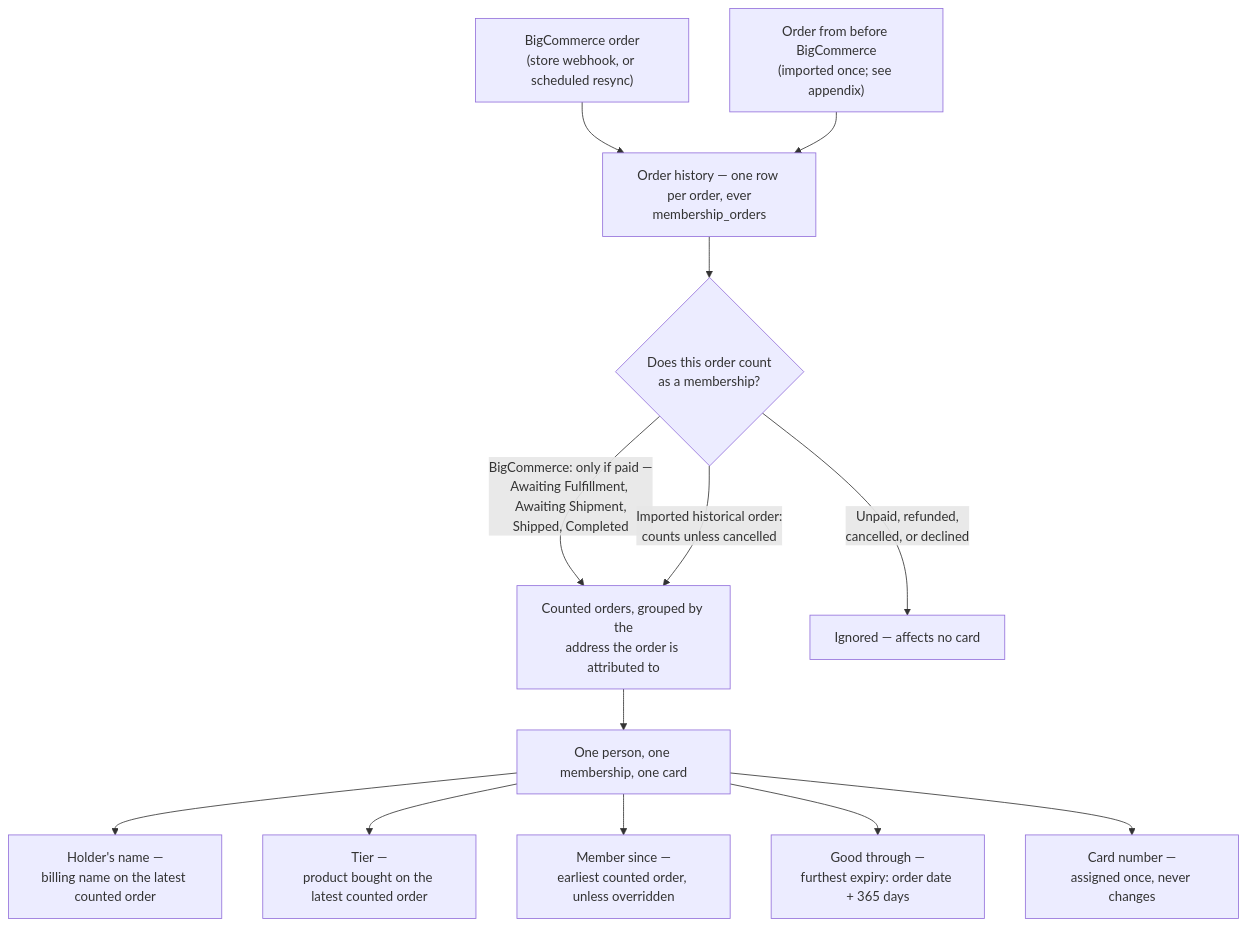
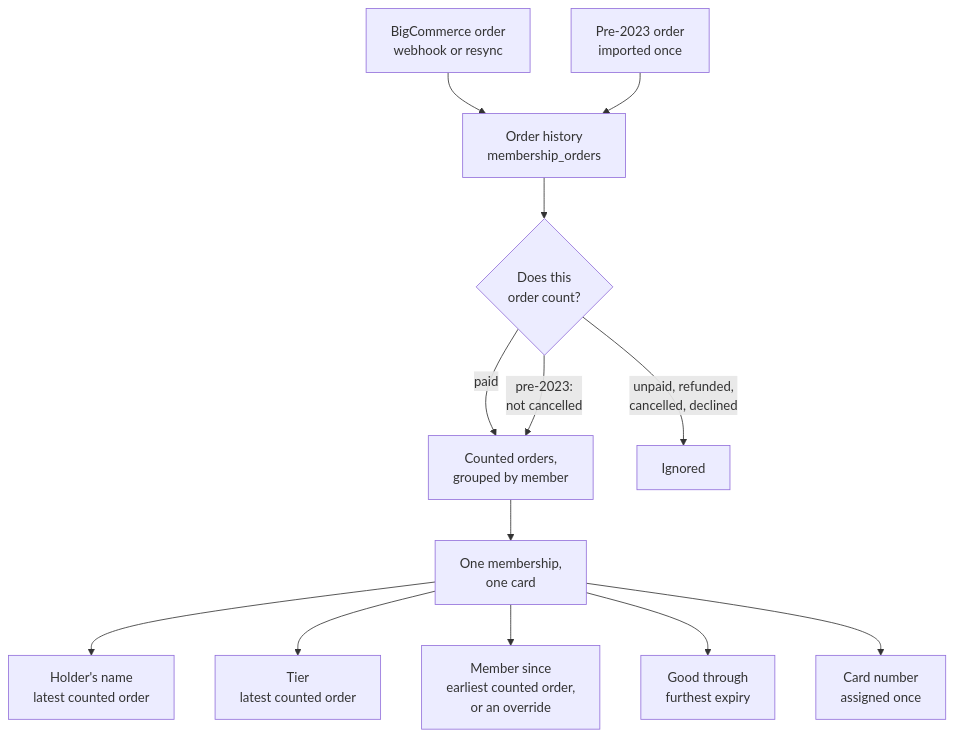
The first of 2 diagrams in docs/membership-card-provenance.md (los-verdes/card-losverd-es), drawn with Mermaid before and after one commit. The commit also changed other lines of this file and 2 other files, not shown here.

First line of the commit message:
Define what an order is, and make the provenance doc the specification (#183)

````diff
--- a/docs/membership-card-provenance.md
+++ b/docs/membership-card-provenance.md
@@ -44,17 +54,20 @@
 ```mermaid
+%% Keep every label to a few words a line. Mermaid no longer grows a box to
+%% fit its text (mermaid-js/mermaid#7354), so a long label is silently clipped
+%% when this renders on GitHub. Detail belongs in the prose, not in the boxes.
 flowchart TD
-    BC["BigCommerce order<br/>(store webhook, or scheduled resync)"] --> HIST
-    SQ["Order from before BigCommerce<br/>(imported once; see appendix)"] --> HIST
-    HIST["Order history — one row per order, ever<br/>membership_orders"]
-    HIST --> COUNT{"Does this order count<br/>as a membership?"}
-    COUNT -->|"BigCommerce: only if paid —<br/>Awaiting Fulfillment, Awaiting Shipment,<br/>Shipped, Completed"| KEEP
-    COUNT -->|"Imported historical order:<br/>counts unless cancelled"| KEEP
-    COUNT -->|"Unpaid, refunded,<br/>cancelled, or declined"| DROP["Ignored — affects no card"]
-    KEEP["Counted orders, grouped by the<br/>address the order is attributed to"]
-    KEEP --> CARD["One person, one membership, one card"]
-    CARD --> F1["Holder's name —<br/>billing name on the latest counted order"]
-    CARD --> F2["Tier —<br/>product bought on the latest counted order"]
-    CARD --> F3["Member since —<br/>earliest counted order, unless overridden"]
-    CARD --> F4["Good through —<br/>furthest expiry: order date + 365 days"]
-    CARD --> F5["Card number —<br/>assigned once, never changes"]
+    BC["BigCommerce order<br/>webhook or resync"] --> HIST
+    SQ["Pre-2023 order<br/>imported once"] --> HIST
+    HIST["Order history<br/>membership_orders"]
+    HIST --> COUNT{"Does this<br/>order count?"}
+    COUNT -->|"paid"| KEEP
+    COUNT -->|"pre-2023:<br/>not cancelled"| KEEP
+    COUNT -->|"unpaid, refunded,<br/>cancelled, declined"| DROP["Ignored"]
+    KEEP["Counted orders,<br/>grouped by member"]
+    KEEP --> CARD["One membership,<br/>one card"]
+    CARD --> F1["Holder's name<br/>latest counted order"]
+    CARD --> F2["Tier<br/>latest counted order"]
+    CARD --> F3["Member since<br/>earliest counted order,<br/>or an override"]
+    CARD --> F4["Good through<br/>furthest expiry"]
+    CARD --> F5["Card number<br/>assigned once"]
 ```
````
